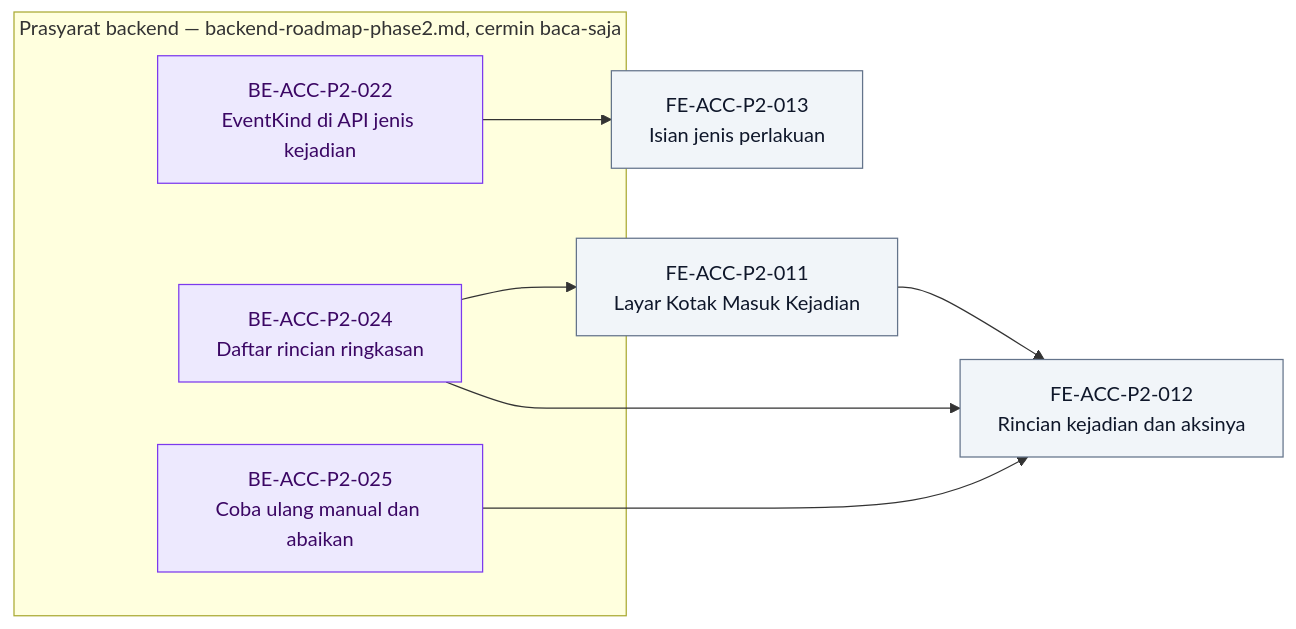
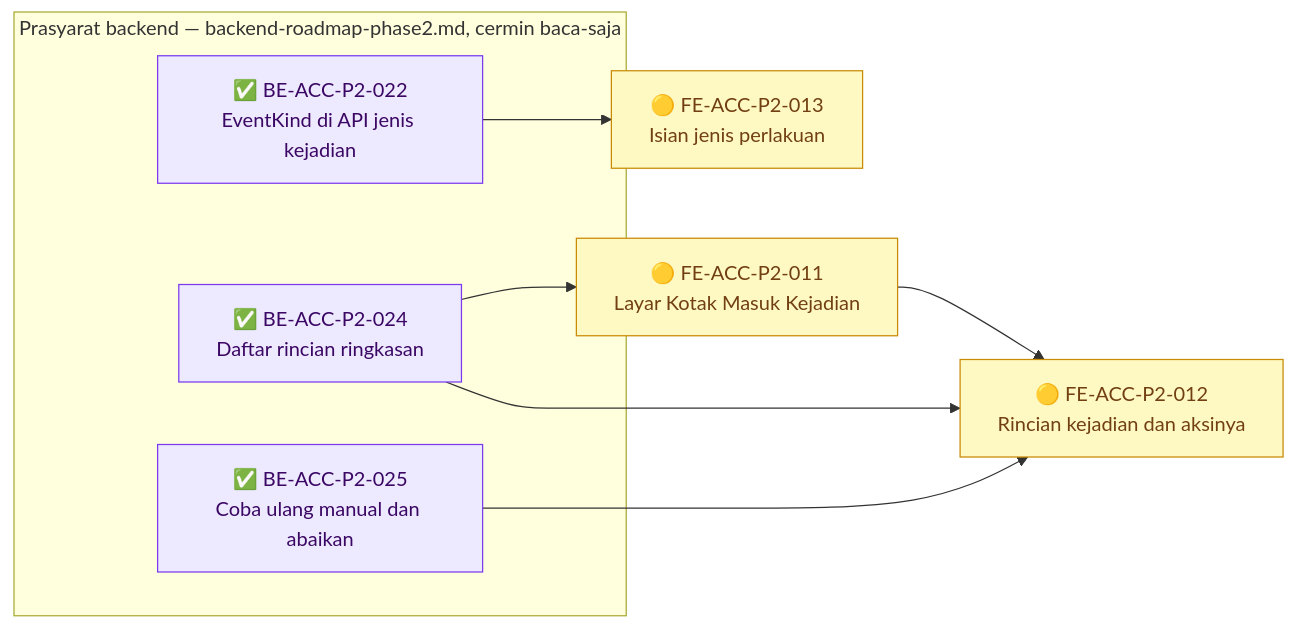
One commit to DevBenari/NewQuilvianSystemBackend changed the fifth of 5 diagrams in docs/module-blueprints/accounting/roadmap/frontend-roadmap-phase2.md. Above: the diagram before and after it, drawn with Mermaid. The commit also changed other lines of this file and 19 other files, not shown here.

````diff
--- a/docs/module-blueprints/accounting/roadmap/frontend-roadmap-phase2.md
+++ b/docs/module-blueprints/accounting/roadmap/frontend-roadmap-phase2.md
@@ -451,24 +451,24 @@
 ```mermaid
 flowchart LR
     classDef selesai fill:#DCFCE7,stroke:#16A34A,color:#14532D
     classDef sebagian fill:#FEF9C3,stroke:#CA8A04,color:#713F12
     classDef terblokir fill:#FEE2E2,stroke:#DC2626,color:#7F1D1D
     classDef belum fill:#F1F5F9,stroke:#64748B,color:#0F172A
     classDef luar fill:#EDE9FE,stroke:#7C3AED,color:#3B0764
 
     subgraph backend["Prasyarat backend — backend-roadmap-phase2.md, cermin baca-saja"]
-        BBEACCP2022["BE-ACC-P2-022<br/>EventKind di API jenis kejadian"]:::luar
-        BBEACCP2024["BE-ACC-P2-024<br/>Daftar rincian ringkasan"]:::luar
-        BBEACCP2025["BE-ACC-P2-025<br/>Coba ulang manual dan abaikan"]:::luar
+        BBEACCP2022["✅ BE-ACC-P2-022<br/>EventKind di API jenis kejadian"]:::luar
+        BBEACCP2024["✅ BE-ACC-P2-024<br/>Daftar rincian ringkasan"]:::luar
+        BBEACCP2025["✅ BE-ACC-P2-025<br/>Coba ulang manual dan abaikan"]:::luar
     end
 
-    FEACCP2011["FE-ACC-P2-011<br/>Layar Kotak Masuk Kejadian"]:::belum
-    FEACCP2012["FE-ACC-P2-012<br/>Rincian kejadian dan aksinya"]:::belum
-    FEACCP2013["FE-ACC-P2-013<br/>Isian jenis perlakuan"]:::belum
+    FEACCP2011["🟡 FE-ACC-P2-011<br/>Layar Kotak Masuk Kejadian"]:::sebagian
+    FEACCP2012["🟡 FE-ACC-P2-012<br/>Rincian kejadian dan aksinya"]:::sebagian
+    FEACCP2013["🟡 FE-ACC-P2-013<br/>Isian jenis perlakuan"]:::sebagian
 
     BBEACCP2024 --> FEACCP2011
     BBEACCP2024 --> FEACCP2012
     BBEACCP2025 --> FEACCP2012
     FEACCP2011 --> FEACCP2012
     BBEACCP2022 --> FEACCP2013
 ```
````
